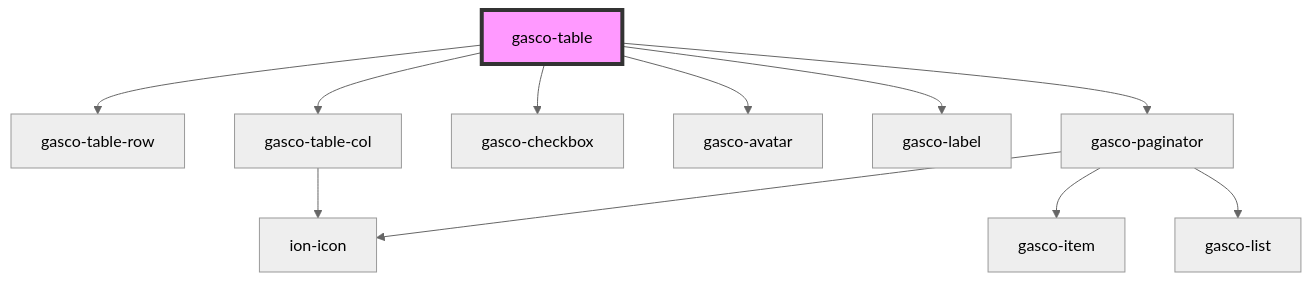
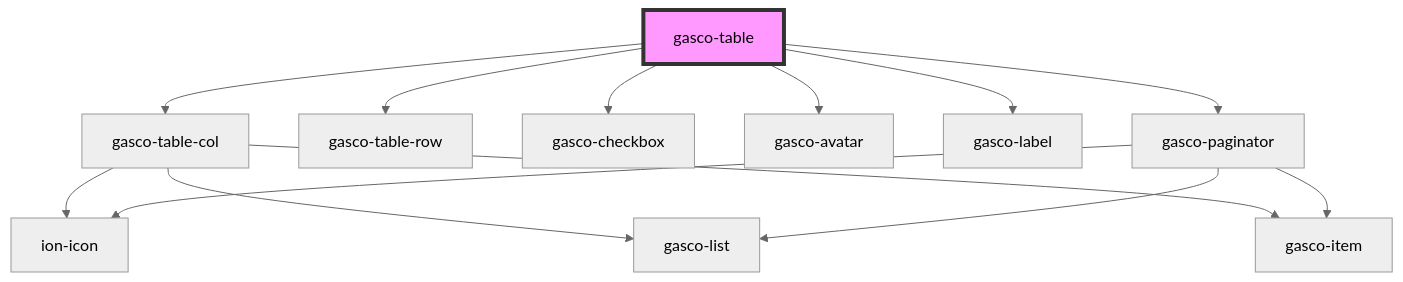
Before and after one commit to lac617a/gasco-core: the diagram in core/src/components/gasco-table/readme.md, drawn with Mermaid (neutral theme). The commit also changed other lines of this file and 4 other files, not shown here.

````diff
--- a/core/src/components/gasco-table/readme.md
+++ b/core/src/components/gasco-table/readme.md
@@ -35,14 +46,16 @@
 ```mermaid
 graph TD;
+  gasco-table --> gasco-table-col
   gasco-table --> gasco-table-row
-  gasco-table --> gasco-table-col
   gasco-table --> gasco-checkbox
   gasco-table --> gasco-avatar
   gasco-table --> gasco-label
   gasco-table --> gasco-paginator
   gasco-table-col --> ion-icon
+  gasco-table-col --> gasco-list
+  gasco-table-col --> gasco-item
   gasco-paginator --> ion-icon
   gasco-paginator --> gasco-item
   gasco-paginator --> gasco-list
   style gasco-table fill:#f9f,stroke:#333,stroke-width:4px
 ```
````
